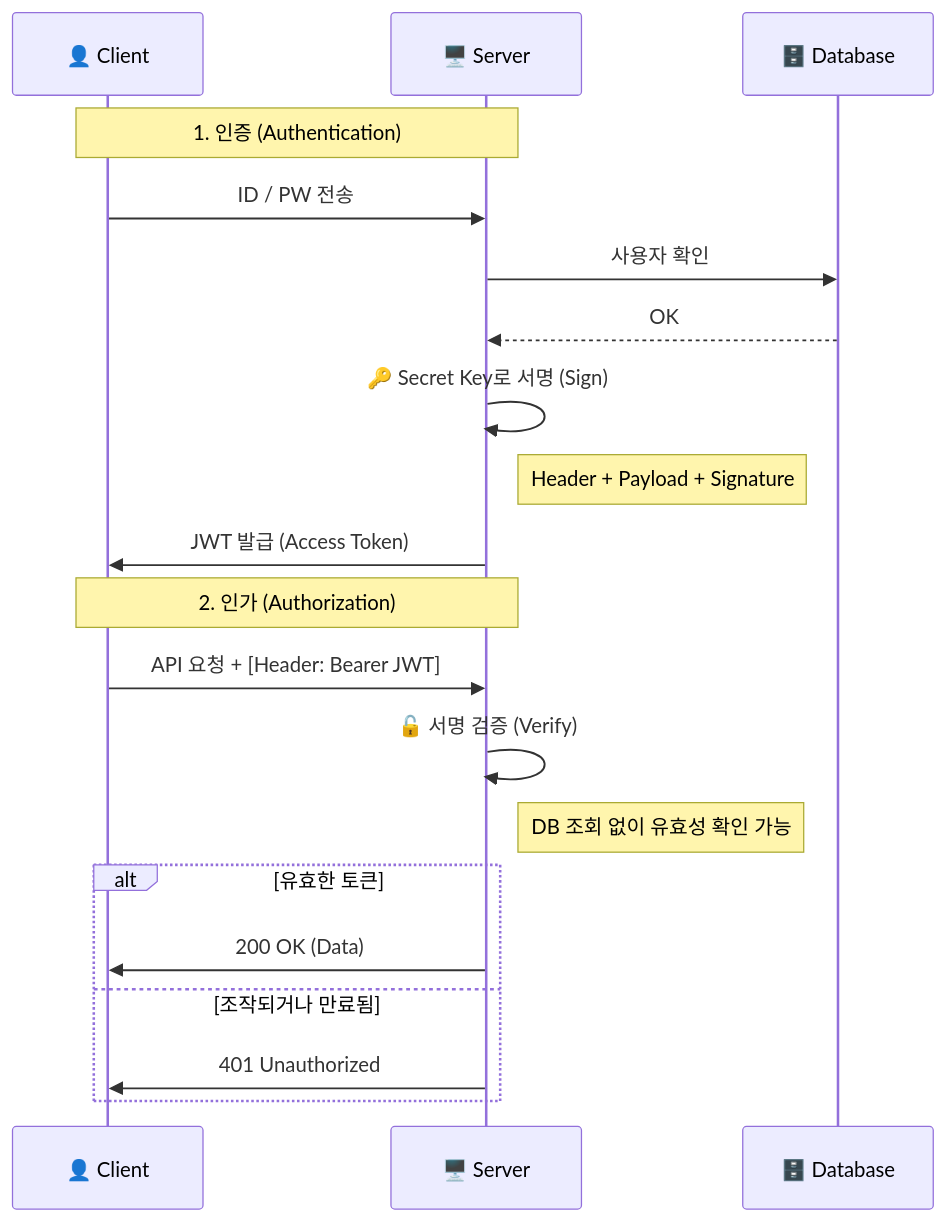
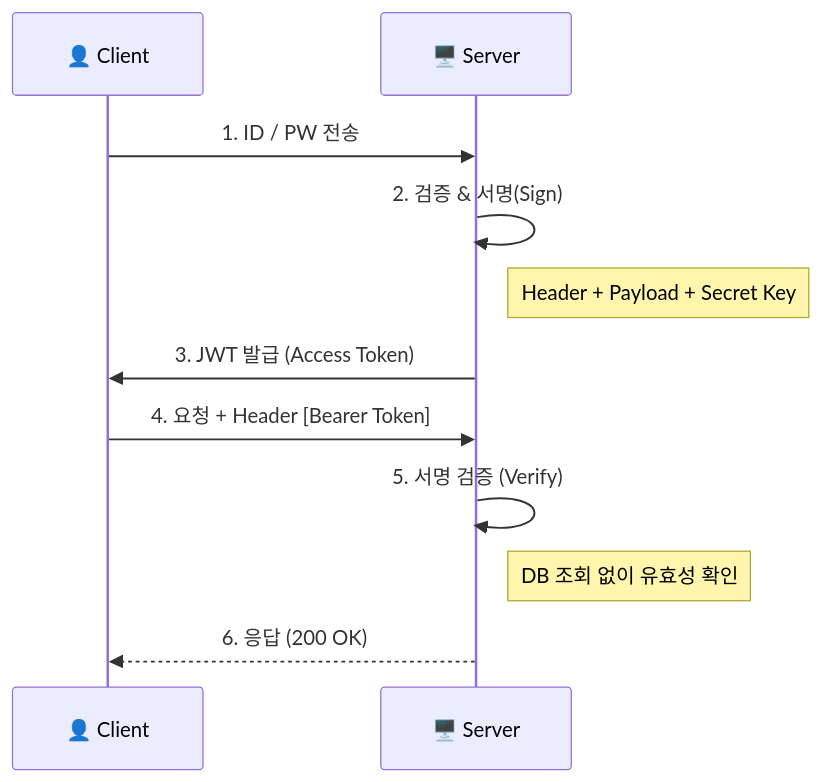
One commit to thseo4813/Study-Notes changed the first of 2 diagrams in 04-system-design/auth-oauth/README.md. Above: the diagram before and after it, drawn with Mermaid. The commit also changed other lines of this file and 13 other files, not shown here.

````diff
--- a/04-system-design/auth-oauth/README.md
+++ b/04-system-design/auth-oauth/README.md
@@ -249,26 +45,15 @@
 ```mermaid
 sequenceDiagram
     participant User as 👤 Client
     participant Server as 🖥️ Server
-    participant DB as 🗄️ Database
-
-    Note over User, Server: 1. 인증 (Authentication)
-    User->>Server: ID / PW 전송
-    Server->>DB: 사용자 확인
-    DB-->>Server: OK
-    Server->>Server: 🔑 Secret Key로 서명 (Sign)
-    Note right of Server: Header + Payload + Signature
-    Server->>User: JWT 발급 (Access Token)
-
-    Note over User, Server: 2. 인가 (Authorization)
-    User->>Server: API 요청 + [Header: Bearer JWT]
     
-    Server->>Server: 🔓 서명 검증 (Verify)
-    Note right of Server: DB 조회 없이 유효성 확인 가능
+    User->>Server: 1. ID / PW 전송
+    Server->>Server: 2. 검증 & 서명(Sign)
+    Note right of Server: Header + Payload + Secret Key
+    Server->>User: 3. JWT 발급 (Access Token)
     
-    alt 유효한 토큰
-        Server->>User: 200 OK (Data)
-    else 조작되거나 만료됨
-        Server->>User: 401 Unauthorized
-    end
+    User->>Server: 4. 요청 + Header [Bearer Token]
+    Server->>Server: 5. 서명 검증 (Verify)
+    Note right of Server: DB 조회 없이 유효성 확인
+    Server-->>User: 6. 응답 (200 OK)
 ```
````
